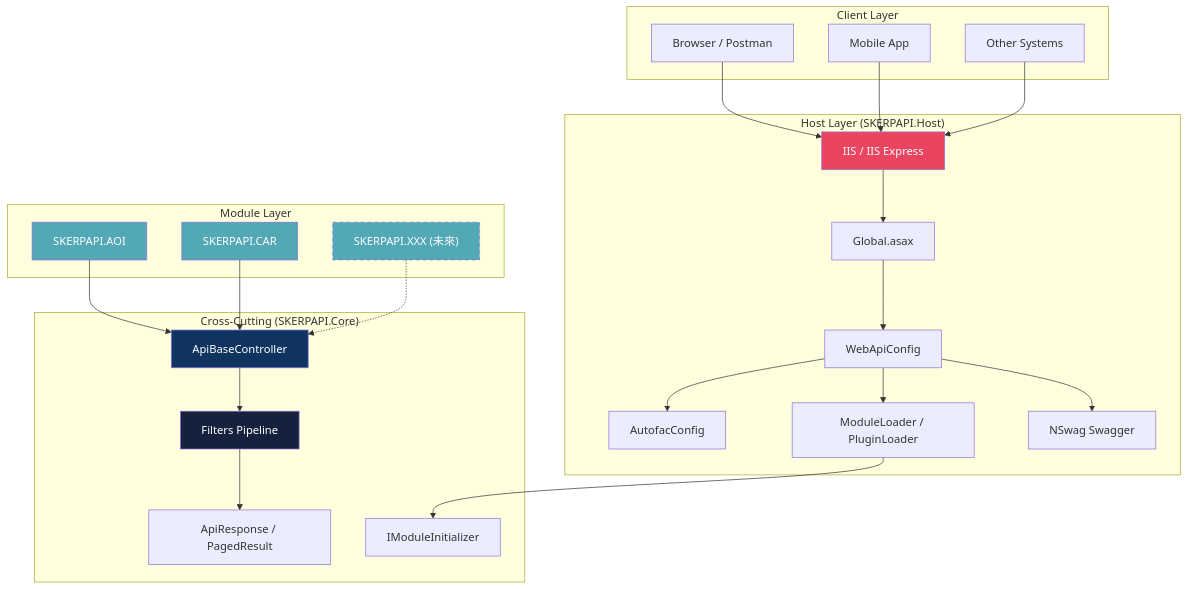
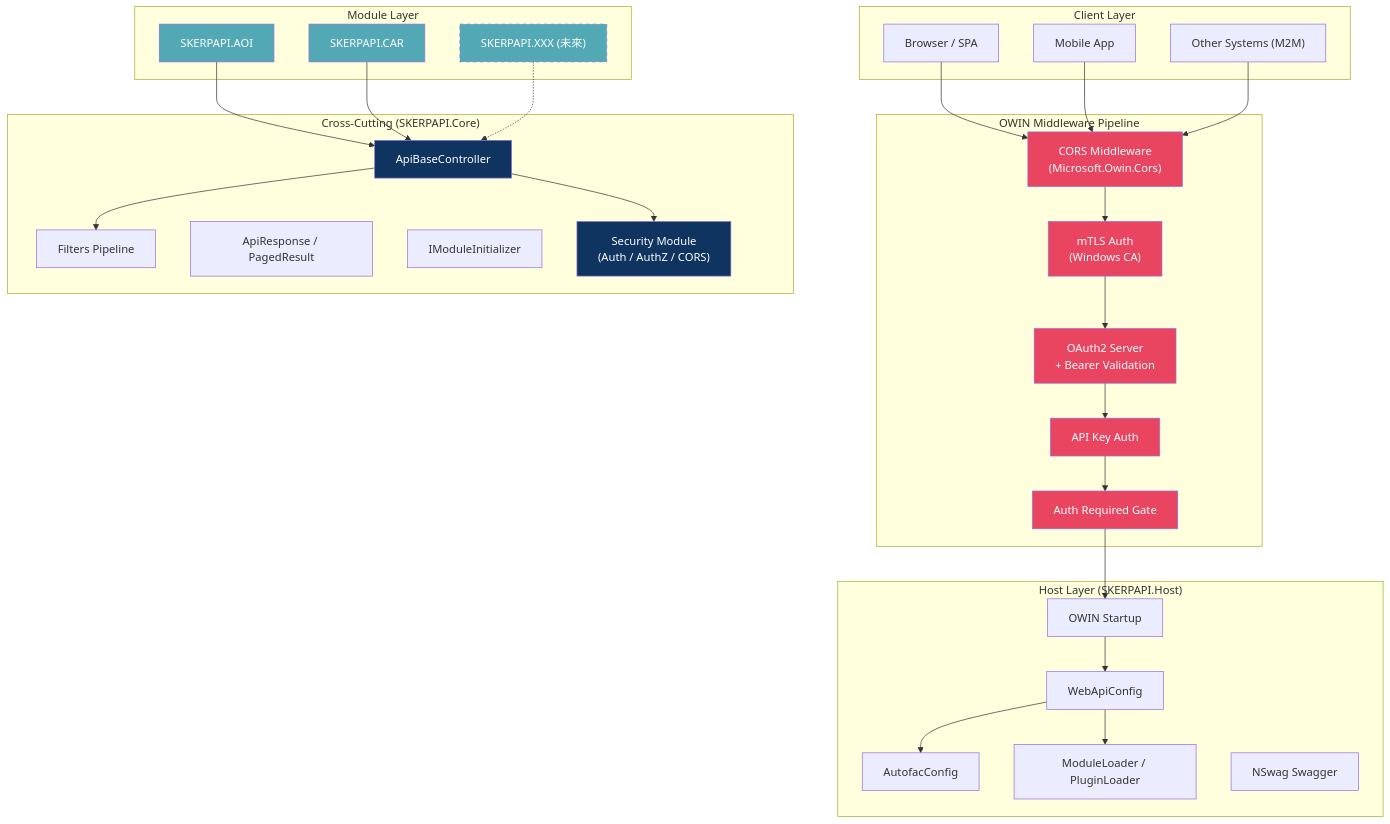
Before and after one commit to fdjy1234/SKERPAPI: the first of 6 diagrams in docs/SKERPAPI-Architecture-Document.md, drawn with Mermaid. The commit also changed other lines of this file and 30 other files, not shown here.

Commit message:
feat: implement enterprise security framework including OAuth2, mTLS, RBAC, and OWIN middleware

````diff
--- a/docs/SKERPAPI-Architecture-Document.md
+++ b/docs/SKERPAPI-Architecture-Document.md
@@ -37,52 +39,66 @@
 ```mermaid
 graph TB
     subgraph "Client Layer"
-        Browser["Browser / Postman"]
+        Browser["Browser / SPA"]
         MobileApp["Mobile App"]
-        OtherSystem["Other Systems"]
+        OtherSystem["Other Systems (M2M)"]
+    end
+    
+    subgraph "OWIN Middleware Pipeline"
+        CORS["CORS Middleware<br/>(Microsoft.Owin.Cors)"]
+        mTLS["mTLS Auth<br/>(Windows CA)"]
+        OAuth["OAuth2 Server<br/>+ Bearer Validation"]
+        ApiKeyMW["API Key Auth"]
+        AuthReq["Auth Required Gate"]
     end
     
     subgraph "Host Layer (SKERPAPI.Host)"
-        IIS["IIS / IIS Express"]
-        GlobalAsax["Global.asax"]
+        Startup["OWIN Startup"]
         WebApiConfig["WebApiConfig"]
         AutofacConfig["AutofacConfig"]
         ModuleLoader["ModuleLoader / PluginLoader"]
         Swagger["NSwag Swagger"]
     end
     
     subgraph "Cross-Cutting (SKERPAPI.Core)"
         ApiBaseCtrl["ApiBaseController"]
         Filters["Filters Pipeline"]
         ApiResponse["ApiResponse / PagedResult"]
         IModuleInit["IModuleInitializer"]
+        Security["Security Module<br/>(Auth / AuthZ / CORS)"]
     end
     
     subgraph "Module Layer"
         AOI["SKERPAPI.AOI"]
         CAR["SKERPAPI.CAR"]
         Future["SKERPAPI.XXX (未來)"]
     end
     
-    Browser --> IIS
-    MobileApp --> IIS
-    OtherSystem --> IIS
-    IIS --> GlobalAsax
-    GlobalAsax --> WebApiConfig
+    Browser --> CORS
+    MobileApp --> CORS
+    OtherSystem --> CORS
+    CORS --> mTLS
+    mTLS --> OAuth
+    OAuth --> ApiKeyMW
+    ApiKeyMW --> AuthReq
+    AuthReq --> Startup
+    Startup --> WebApiConfig
     WebApiConfig --> AutofacConfig
     WebApiConfig --> ModuleLoader
-    WebApiConfig --> Swagger
-    ModuleLoader --> IModuleInit
     AOI --> ApiBaseCtrl
     CAR --> ApiBaseCtrl
     Future -.-> ApiBaseCtrl
     ApiBaseCtrl --> Filters
-    Filters --> ApiResponse
+    ApiBaseCtrl --> Security
     
-    style IIS fill:#e94560,color:#fff
+    style CORS fill:#e94560,color:#fff
+    style mTLS fill:#e94560,color:#fff
+    style OAuth fill:#e94560,color:#fff
+    style ApiKeyMW fill:#e94560,color:#fff
+    style AuthReq fill:#e94560,color:#fff
+    style Security fill:#0f3460,color:#fff
     style ApiBaseCtrl fill:#0f3460,color:#fff
-    style Filters fill:#16213e,color:#fff
     style AOI fill:#53a8b6,color:#fff
     style CAR fill:#53a8b6,color:#fff
     style Future fill:#53a8b6,color:#fff,stroke-dasharray: 5 5
 ```
````
